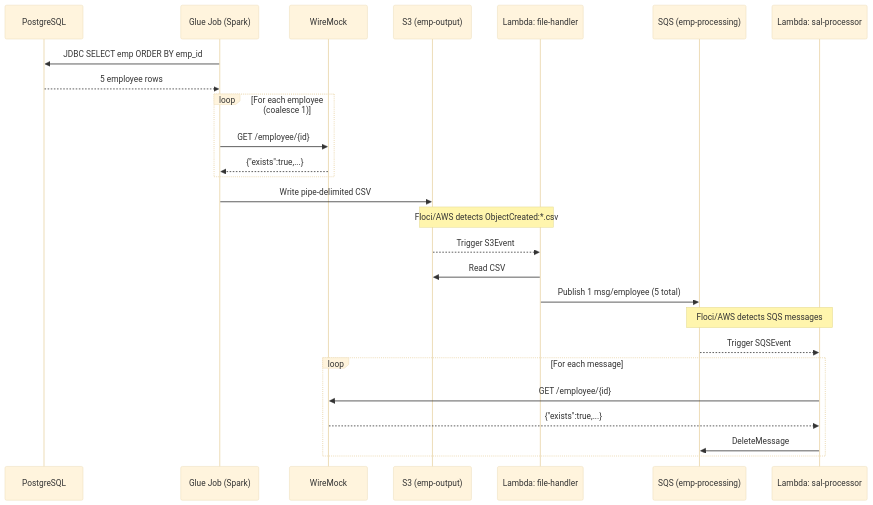
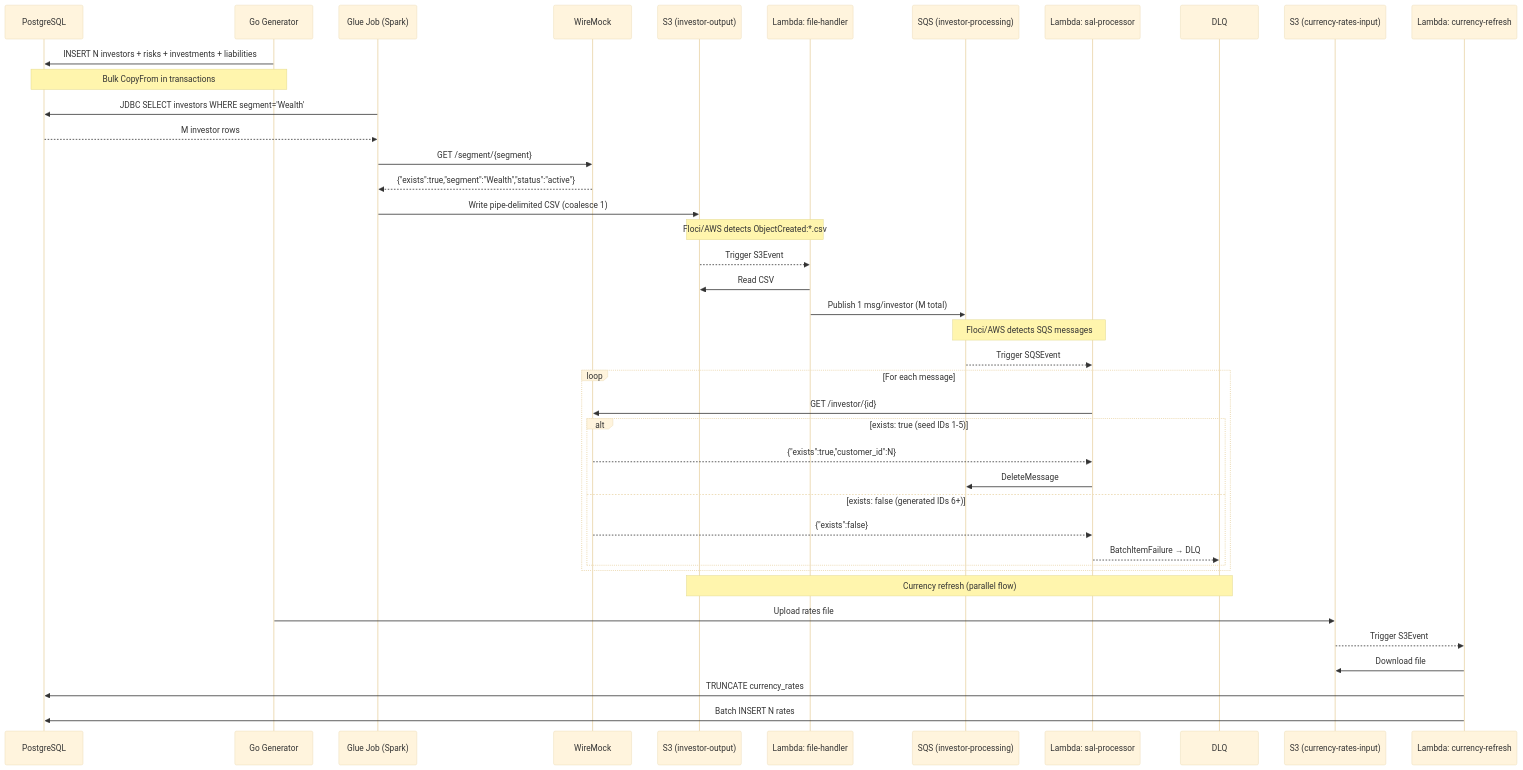
The fourth of 4 diagrams in ARCHITECTURE.md (sriharisa-j71/aws-floci-sample-project), drawn with Mermaid (base theme) before and after one commit. The commit also changed other lines of this file and 61 other files, not shown here.

First line of the commit message:
Refactor: Replace employee with investor flows

````diff
--- a/ARCHITECTURE.md
+++ b/ARCHITECTURE.md
@@ -135,31 +154,50 @@
 ```mermaid
 sequenceDiagram
   participant PG as PostgreSQL
+  participant GEN as Go Generator
   participant GLUE as Glue Job (Spark)
   participant WM as WireMock
-  participant S3 as S3 (emp-output)
+  participant S3 as S3 (investor-output)
   participant L1 as Lambda: file-handler
-  participant SQS as SQS (emp-processing)
+  participant SQS as SQS (investor-processing)
   participant L2 as Lambda: sal-processor
+  participant DLQ as DLQ
 
-  GLUE->>PG: JDBC SELECT emp ORDER BY emp_id
-  PG-->>GLUE: 5 employee rows
-  loop For each employee (coalesce 1)
-    GLUE->>WM: GET /employee/{id}
-    WM-->>GLUE: {"exists":true,...}
-  end
-  GLUE->>S3: Write pipe-delimited CSV
+  GEN->>PG: INSERT N investors + risks + investments + liabilities
+  Note over GEN,PG: Bulk CopyFrom in transactions
+
+  GLUE->>PG: JDBC SELECT investors WHERE segment='Wealth'
+  PG-->>GLUE: M investor rows
+  GLUE->>WM: GET /segment/{segment}
+  WM-->>GLUE: {"exists":true,"segment":"Wealth","status":"active"}
+  GLUE->>S3: Write pipe-delimited CSV (coalesce 1)
 
   Note over S3,L1: Floci/AWS detects ObjectCreated:*.csv
   S3-->>L1: Trigger S3Event
   L1->>S3: Read CSV
-  L1->>SQS: Publish 1 msg/employee (5 total)
+  L1->>SQS: Publish 1 msg/investor (M total)
 
   Note over SQS,L2: Floci/AWS detects SQS messages
   SQS-->>L2: Trigger SQSEvent
+
   loop For each message
-    L2->>WM: GET /employee/{id}
-    WM-->>L2: {"exists":true,...}
-    L2->>SQS: DeleteMessage
+    L2->>WM: GET /investor/{id}
+    alt exists: true (seed IDs 1-5)
+      WM-->>L2: {"exists":true,"customer_id":N}
+      L2->>SQS: DeleteMessage
+    else exists: false (generated IDs 6+)
+      WM-->>L2: {"exists":false}
+      L2-->>DLQ: BatchItemFailure → DLQ
+    end
   end
+
+  Note over S3,DLQ: Currency refresh (parallel flow)
+  participant CS3 as S3 (currency-rates-input)
+  participant L3 as Lambda: currency-refresh
+
+  GEN->>CS3: Upload rates file
+  CS3-->>L3: Trigger S3Event
+  L3->>CS3: Download file
+  L3->>PG: TRUNCATE currency_rates
+  L3->>PG: Batch INSERT N rates
 ```
````
